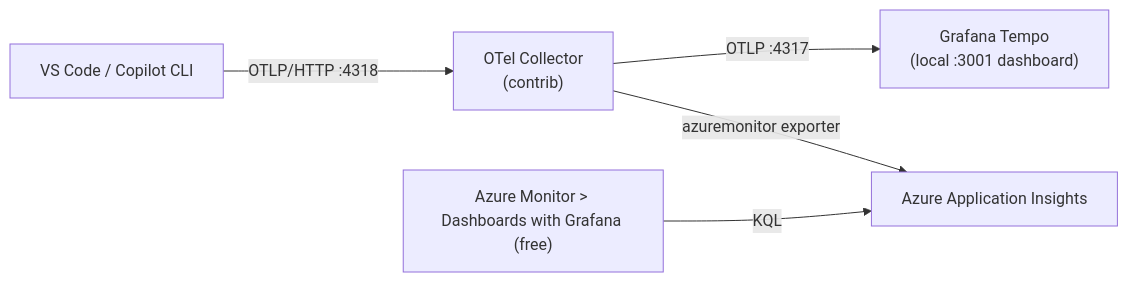
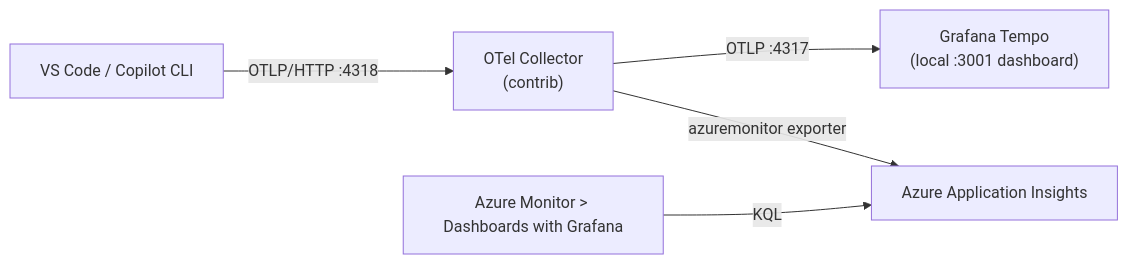
Before and after one commit to webmaxru/copilot-otel-grafana: the first of 3 diagrams in README.md, drawn with Mermaid. The commit also changed other lines of this file and 1 other file, not shown here.

First line of the commit message:
docs: soften free-tier framing in README + site (honest, usage-based)

````diff
--- a/README.md
+++ b/README.md
@@ -242,7 +242,7 @@
 ```mermaid
 flowchart LR
     VS["VS Code / Copilot CLI"] -->|OTLP/HTTP :4318| Col["OTel Collector<br/>(contrib)"]
     Col -->|OTLP :4317| Tempo["Grafana Tempo<br/>(local :3001 dashboard)"]
     Col -->|azuremonitor exporter| AI["Azure Application Insights"]
-    Portal["Azure Monitor > Dashboards with Grafana (free)"] -->|KQL| AI
+    Portal["Azure Monitor > Dashboards with Grafana"] -->|KQL| AI
 ```
````
